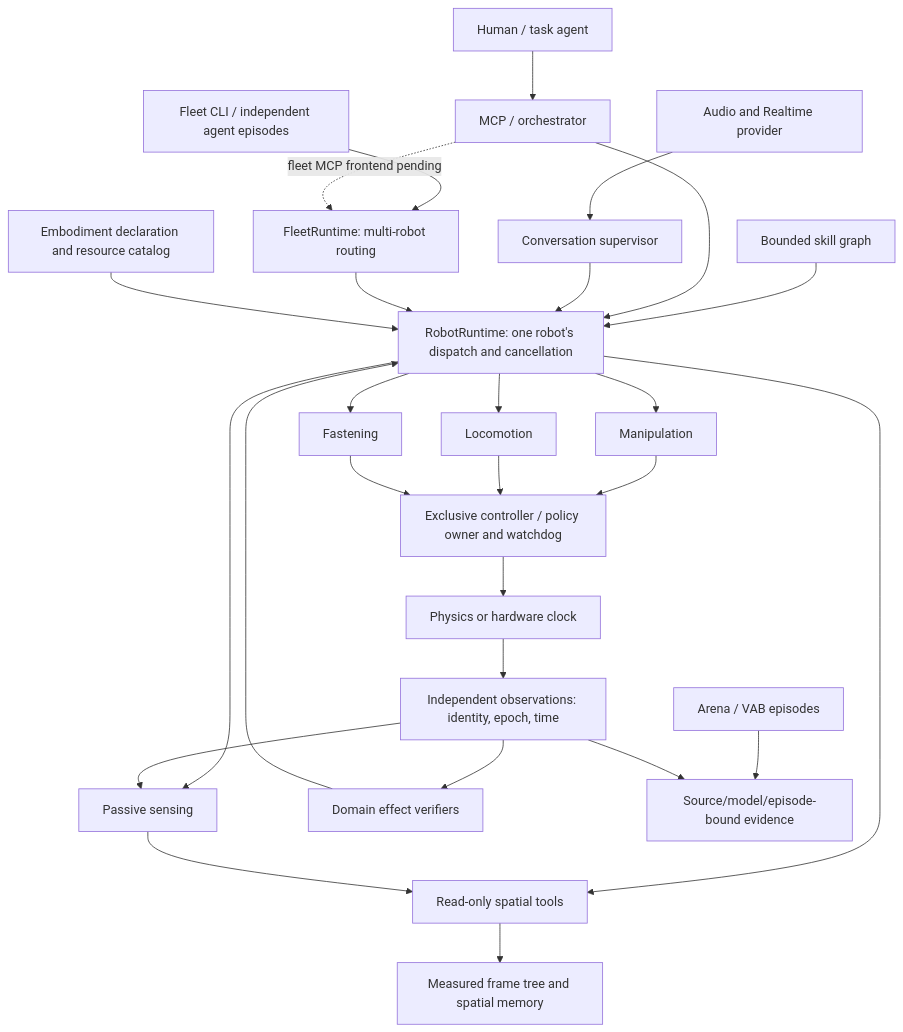
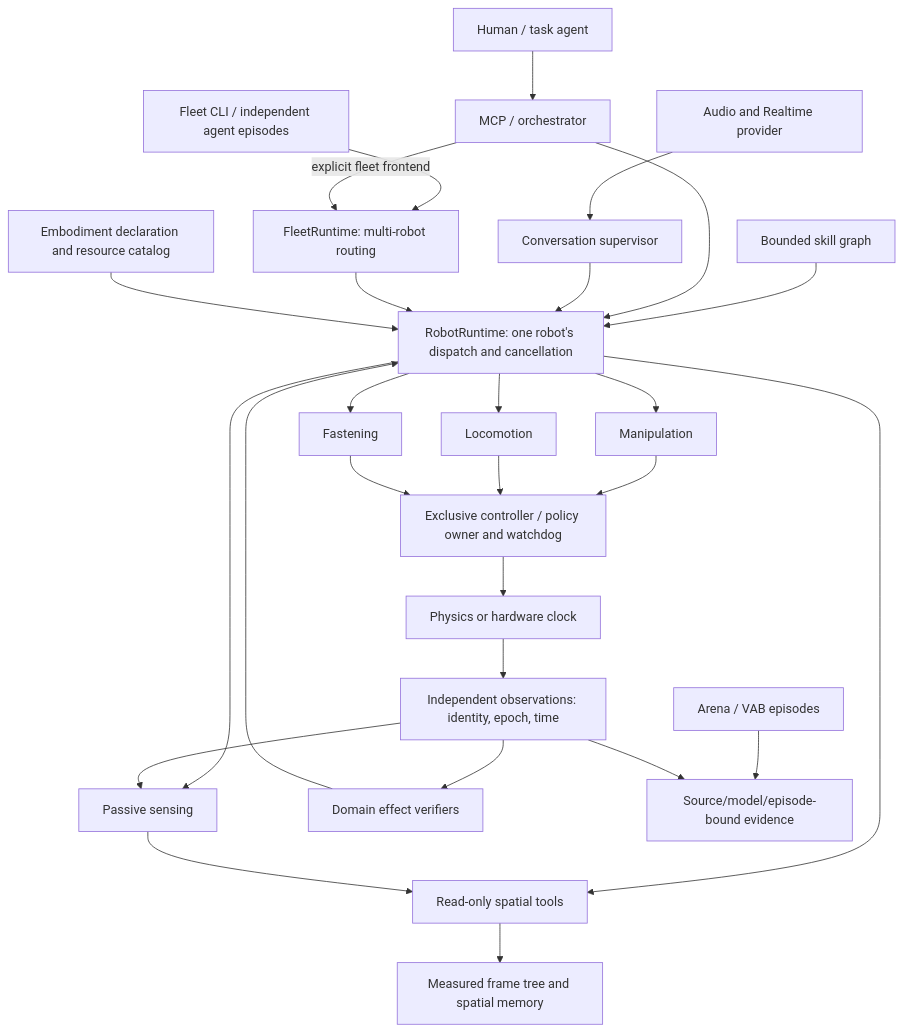
The diagram in docs/ROBOT_MODULARITY.md (johnnynunez/cascade), drawn with Mermaid before and after one commit. The commit also changed other lines of this file and 6 other files, not shown here.

Commit message:
feat(fleet): add bounded MCP routing for independent robots

````diff
--- a/docs/ROBOT_MODULARITY.md
+++ b/docs/ROBOT_MODULARITY.md
@@ -29,29 +29,29 @@
 ```mermaid
 flowchart TD
   Intent[Human / task agent] --> MCP[MCP / orchestrator]
   Voice[Audio and Realtime provider] --> Conversation[Conversation supervisor]
   Graph[Bounded skill graph] --> Runtime
   MCP --> Runtime[RobotRuntime: one robot's dispatch and cancellation]
   Conversation --> Runtime
   FleetCLI[Fleet CLI / independent agent episodes] --> Fleet[FleetRuntime: multi-robot routing]
-  MCP -. fleet MCP frontend pending .-> Fleet
+  MCP -->|explicit fleet frontend| Fleet
   Fleet --> Runtime
   Structure[Embodiment declaration and resource catalog] --> Runtime
   Runtime --> Arm[Manipulation]
   Runtime --> Base[Locomotion]
   Runtime --> Fastening[Fastening]
   Runtime --> Sensors[Passive sensing]
   Runtime --> Spatial[Read-only spatial tools]
   Arm --> Control[Exclusive controller / policy owner and watchdog]
   Base --> Control
   Fastening --> Control
   Control --> Physics[Physics or hardware clock]
   Physics --> Evidence[Independent observations: identity, epoch, time]
   Evidence --> Sensors
   Sensors --> Spatial
   Spatial --> Frames[Measured frame tree and spatial memory]
   Evidence --> Verify[Domain effect verifiers]
   Verify --> Runtime
   Arena[Arena / VAB episodes] --> Gate[Source/model/episode-bound evidence]
   Evidence --> Gate
 ```
````
